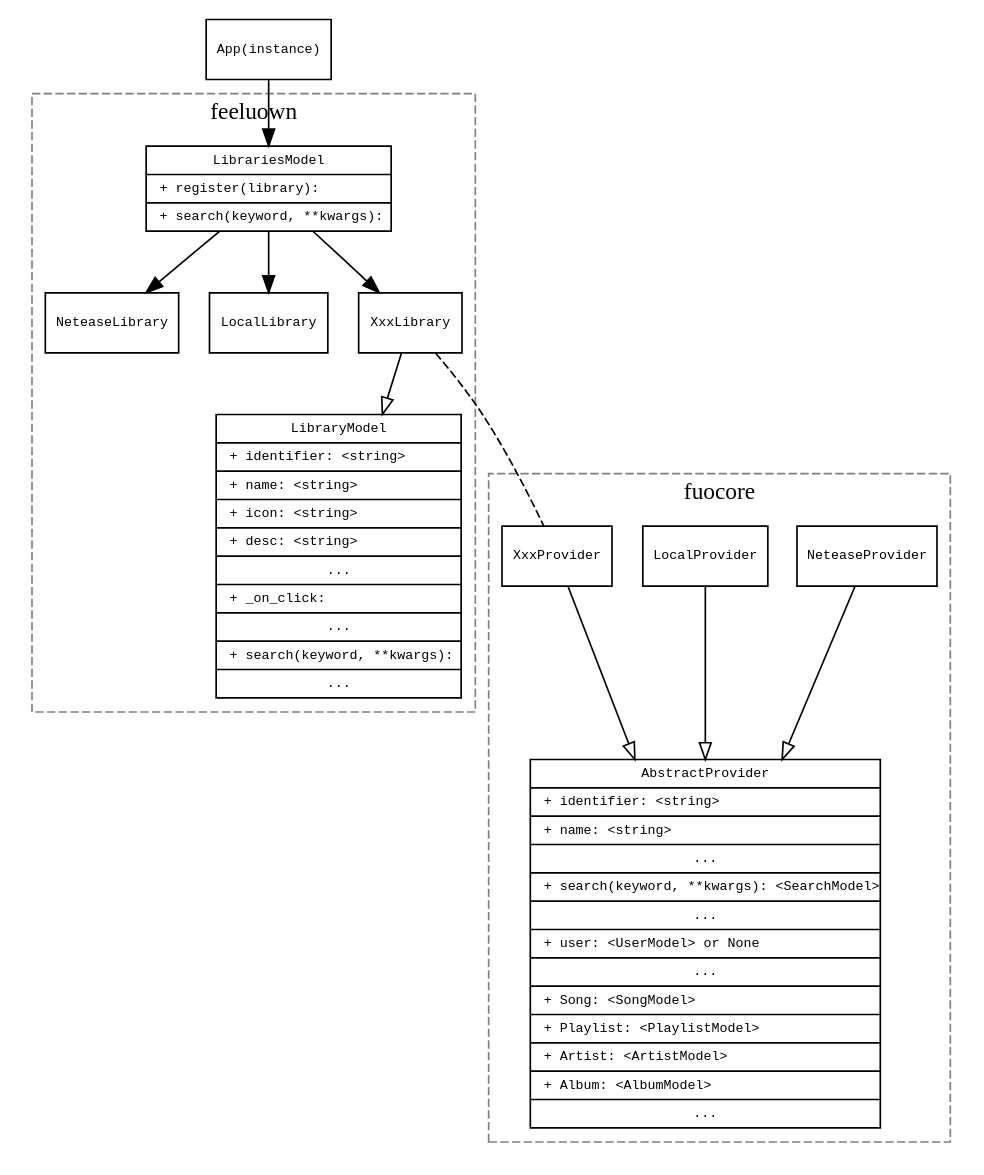
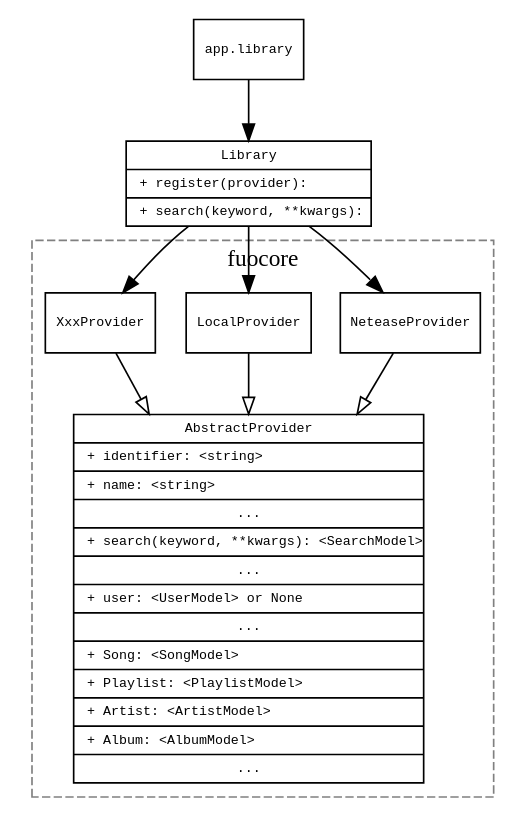
Before and after one commit to feeluown/FeelUOwn: the diagram in docs/source/arch.rst, drawn with Graphviz. The commit also changed other lines of this file and 6 other files, not shown here.

```diff
--- a/docs/source/arch.rst
+++ b/docs/source/arch.rst
@@ -48,26 +54,11 @@
             }"
         ]
 
-        LibrariesModel [
+        Library [
             label="{
                 \N
-                |+ register(library): \l
+                |+ register(provider): \l
                 |+ search(keyword, **kwargs): \l
-            }"
-        ]
-
-        LibraryModel [
-            label="{
-                \N
-                |+ identifier: \<string\> \l
-                |+ name: \<string\> \l
-                |+ icon: \<string\> \l
-                |+ desc: \<string\> \l
-                |...
-                |+ _on_click: \l
-                |...
-                |+ search(keyword, **kwargs): \l
-                |...
             }"
         ]
 
@@ -75,15 +66,12 @@
         LocalProvider -> AbstractProvider[arrowhead=empty]
         XxxProvider -> AbstractProvider[arrowhead=empty]
 
-        LibrariesModel -> NeteaseLibrary
-        LibrariesModel -> LocalLibrary
-        LibrariesModel -> XxxLibrary
-        XxxLibrary -> LibraryModel[arrowhead=empty]
+        Library -> NeteaseProvider
+        Library -> LocalProvider
+        Library -> XxxProvider
 
-        XxxLibrary -> XxxProvider[style=dashed, dir=none]
-
-        app[label="App(instance)"]
-        app -> LibrariesModel
+        app[label="app.library"]
+        app -> Library
 
         subgraph cluster0 {
             label="fuocore"
@@ -94,15 +82,4 @@
             LocalProvider
             XxxProvider
         }
-
-        subgraph cluster1 {
-            label="feeluown"
-            style="dashed"
-            color="grey"
-            LibrariesModel
-            NeteaseLibrary
-            LocalLibrary
-            XxxLibrary
-            LibraryModel
-        }
     }
```
